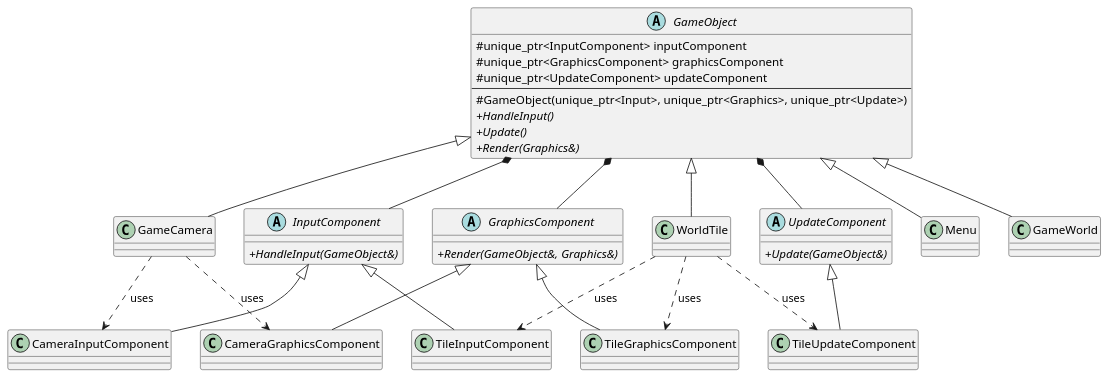
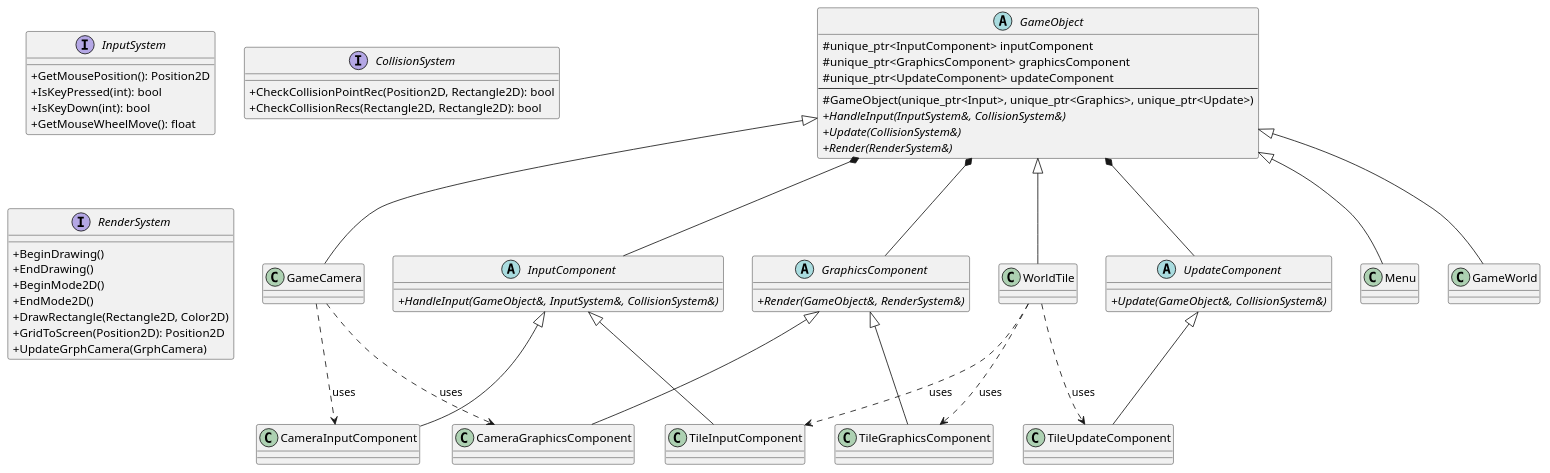
The first of 2 diagrams in raylib-my/docs/component_architecture.md (neverthedev/tile-game), drawn with PlantUML before and after one commit. The commit also changed other lines of this file and 62 other files, not shown here.

```diff
--- a/raylib-my/docs/component_architecture.md
+++ b/raylib-my/docs/component_architecture.md
@@ -23,21 +25,43 @@
   # unique_ptr<UpdateComponent> updateComponent
   --
   # GameObject(unique_ptr<Input>, unique_ptr<Graphics>, unique_ptr<Update>)
-  + {abstract} HandleInput()
-  + {abstract} Update()
-  + {abstract} Render(Graphics&)
+  + {abstract} HandleInput(InputSystem&, CollisionSystem&)
+  + {abstract} Update(CollisionSystem&)
+  + {abstract} Render(RenderSystem&)
 }
 
 abstract class InputComponent {
-  + {abstract} HandleInput(GameObject&)
+  + {abstract} HandleInput(GameObject&, InputSystem&, CollisionSystem&)
 }
 
 abstract class GraphicsComponent {
-  + {abstract} Render(GameObject&, Graphics&)
+  + {abstract} Render(GameObject&, RenderSystem&)
 }
 
 abstract class UpdateComponent {
-  + {abstract} Update(GameObject&)
+  + {abstract} Update(GameObject&, CollisionSystem&)
+}
+
+interface InputSystem {
+  + GetMousePosition(): Position2D
+  + IsKeyPressed(int): bool
+  + IsKeyDown(int): bool
+  + GetMouseWheelMove(): float
+}
+
+interface CollisionSystem {
+  + CheckCollisionPointRec(Position2D, Rectangle2D): bool
+  + CheckCollisionRecs(Rectangle2D, Rectangle2D): bool
+}
+
+interface RenderSystem {
+  + BeginDrawing()
+  + EndDrawing()
+  + BeginMode2D()
+  + EndMode2D()
+  + DrawRectangle(Rectangle2D, Color2D)
+  + GridToScreen(Position2D): Position2D
+  + UpdateGrphCamera(GrphCamera)
 }
 
 class GameCamera
```
